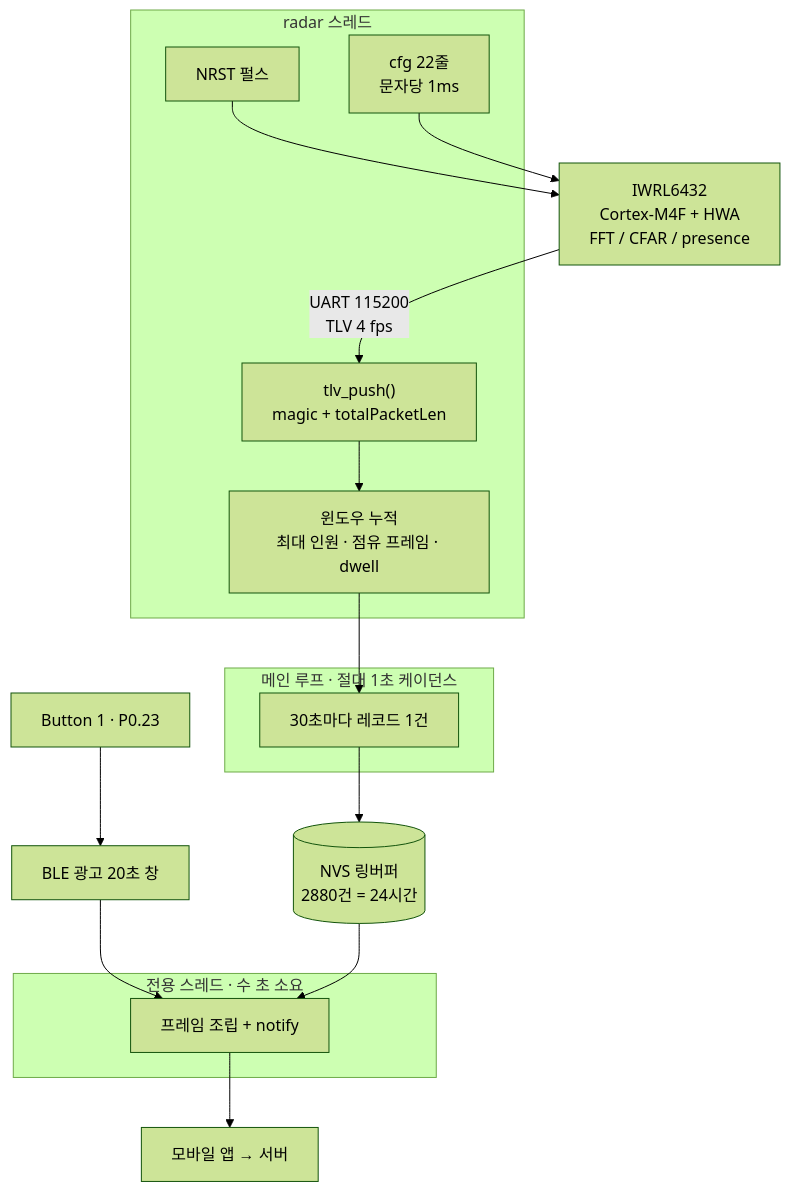
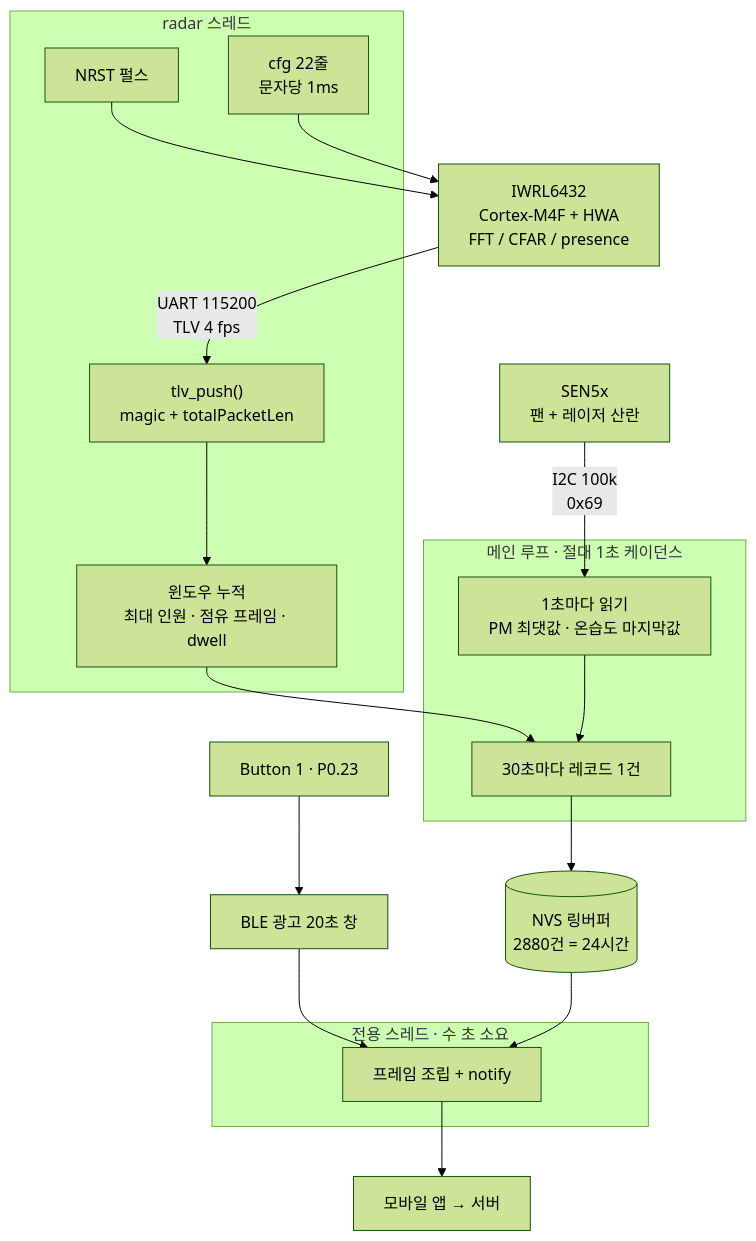
One commit to JeonJunYoung-hub/Sentinel-Labs-IWRL6432 changed the diagram in docs/firmware.md. Above: the diagram before and after it, drawn with Mermaid (forest theme). The commit also changed other lines of this file and 13 other files, not shown here.

````diff
--- a/docs/firmware.md
+++ b/docs/firmware.md
@@ -75,38 +109,43 @@
 ```mermaid
 flowchart TD
     RAD["IWRL6432<br/>Cortex-M4F + HWA<br/>FFT / CFAR / presence"]
     CLI["cfg 22줄<br/>문자당 1ms"]
     NRST["NRST 펄스"]
     PARSE["tlv_push()<br/>magic + totalPacketLen"]
     ACC["윈도우 누적<br/>최대 인원 · 점유 프레임 · dwell"]
+    SEN["SEN5x<br/>팬 + 레이저 산란"]
+    POLL["1초마다 읽기<br/>PM 최댓값 · 온습도 마지막값"]
     REC["30초마다 레코드 1건"]
     NVS[("NVS 링버퍼<br/>2880건 = 24시간")]
     BTN["Button 1 · P0.23"]
     ADV["BLE 광고 20초 창"]
     DUMP["프레임 조립 + notify"]
     APP["모바일 앱 → 서버"]
 
     NRST --> RAD
     CLI --> RAD
     RAD -->|"UART 115200<br/>TLV 4 fps"| PARSE
     PARSE --> ACC
     ACC --> REC
+    SEN -->|"I2C 100k<br/>0x69"| POLL
+    POLL --> REC
     REC --> NVS
     BTN --> ADV
     ADV --> DUMP
     NVS --> DUMP
     DUMP --> APP
 
     subgraph rt["radar 스레드"]
         CLI
         NRST
         PARSE
         ACC
     end
     subgraph ml["메인 루프 · 절대 1초 케이던스"]
+        POLL
         REC
     end
     subgraph th["전용 스레드 · 수 초 소요"]
         DUMP
     end
 ```
````
